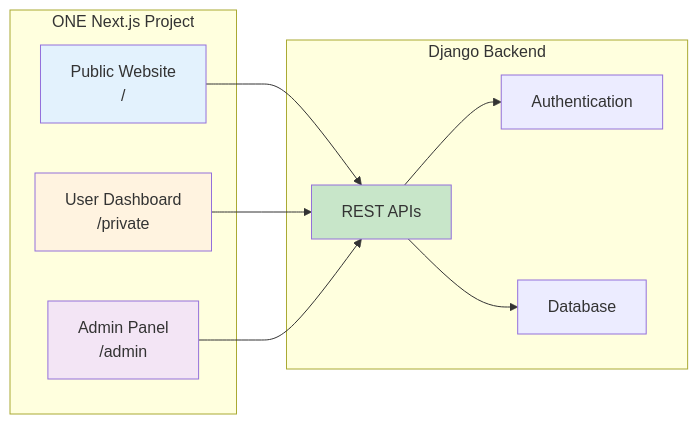
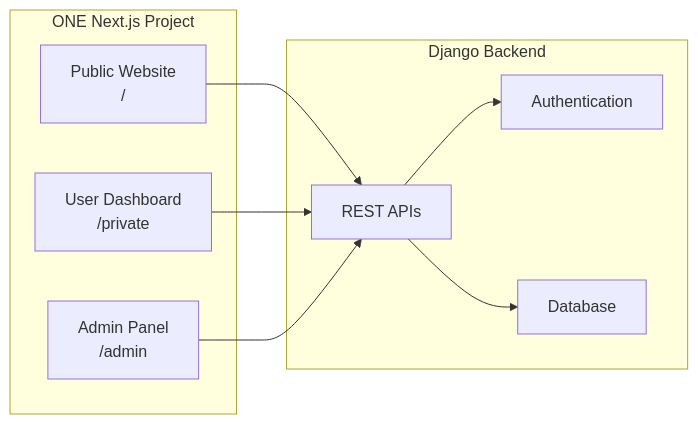
Before and after one commit to markolofsen/django-cfg: the second of 10 diagrams in docs/features/integrations/nextjs-admin/concepts.md, drawn with Mermaid. The commit also changed other lines of this file and 12 other files, not shown here.

````diff
--- a/docs/features/integrations/nextjs-admin/concepts.md
+++ b/docs/features/integrations/nextjs-admin/concepts.md
@@ -59,26 +52,21 @@
 ```mermaid
 graph LR
     subgraph "ONE Next.js Project"
         A[Public Website<br/>/]
         B[User Dashboard<br/>/private]
         C[Admin Panel<br/>/admin]
     end
 
     subgraph "Django Backend"
         D[REST APIs]
         E[Authentication]
         F[Database]
     end
 
     A --> D
     B --> D
     C --> D
 
     D --> E
     D --> F
-
-    style A fill:#e3f2fd
-    style B fill:#fff3e0
-    style C fill:#f3e5f5
-    style D fill:#c8e6c9
 ```
````
